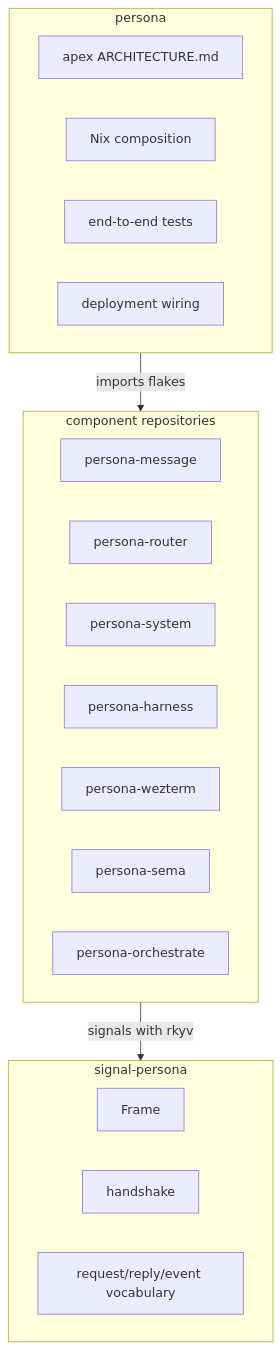
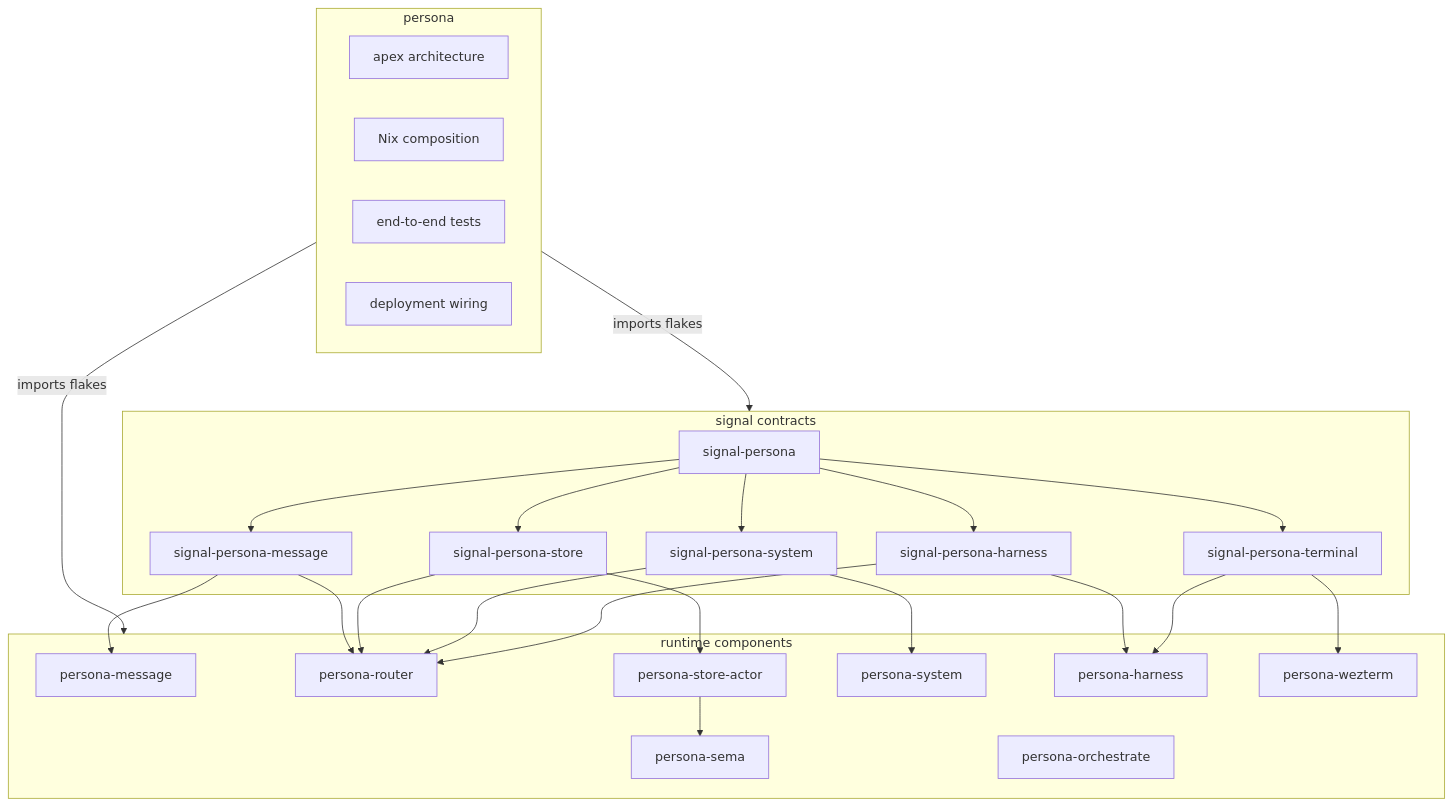
One commit to LiGoldragon/persona changed the first of 4 diagrams in ARCHITECTURE.md. Above: the diagram before and after it, drawn with Mermaid. The commit also changed other lines of this file, not shown here.

Commit message:
update persona apex architecture re-read architecture-editor reporting contract-repo architectural-truth-tests

````diff
--- a/ARCHITECTURE.md
+++ b/ARCHITECTURE.md
@@ -24,28 +32,50 @@
 ```mermaid
 flowchart TB
     subgraph apex["persona"]
-        architecture["apex ARCHITECTURE.md"]
+        architecture["apex architecture"]
         nix["Nix composition"]
         tests["end-to-end tests"]
         deployment["deployment wiring"]
     end
 
-    subgraph contract["signal-persona"]
-        frame["Frame"]
-        handshake["handshake"]
-        vocabulary["request/reply/event vocabulary"]
+    subgraph contracts["signal contracts"]
+        umbrella["signal-persona"]
+        message_contract["signal-persona-message"]
+        store_contract["signal-persona-store"]
+        system_contract["signal-persona-system"]
+        harness_contract["signal-persona-harness"]
+        terminal_contract["signal-persona-terminal"]
     end
 
-    subgraph components["component repositories"]
+    subgraph runtime["runtime components"]
         message["persona-message"]
         router["persona-router"]
+        store_actor["persona-store-actor"]
+        sema["persona-sema"]
         system["persona-system"]
         harness["persona-harness"]
         wezterm["persona-wezterm"]
-        store["persona-sema"]
         orchestrate["persona-orchestrate"]
     end
 
-    apex -->|"imports flakes"| components
-    components -->|"signals with rkyv"| contract
+    apex -->|imports flakes| runtime
+    apex -->|imports flakes| contracts
+
+    umbrella --> message_contract
+    umbrella --> store_contract
+    umbrella --> system_contract
+    umbrella --> harness_contract
+    umbrella --> terminal_contract
+
+    message_contract --> message
+    message_contract --> router
+    store_contract --> router
+    store_contract --> store_actor
+    system_contract --> system
+    system_contract --> router
+    harness_contract --> router
+    harness_contract --> harness
+    terminal_contract --> harness
+    terminal_contract --> wezterm
+    store_actor --> sema
 ```
````
